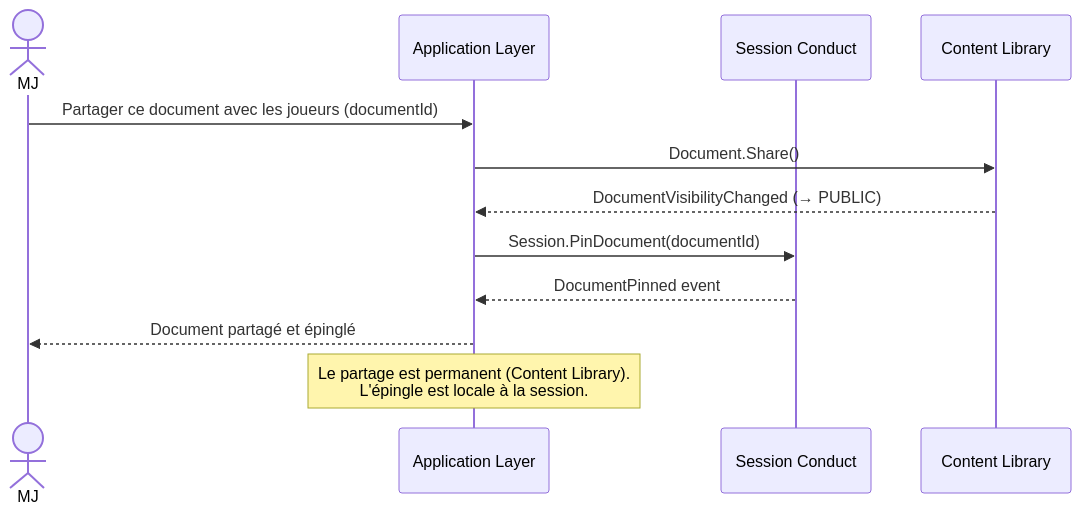
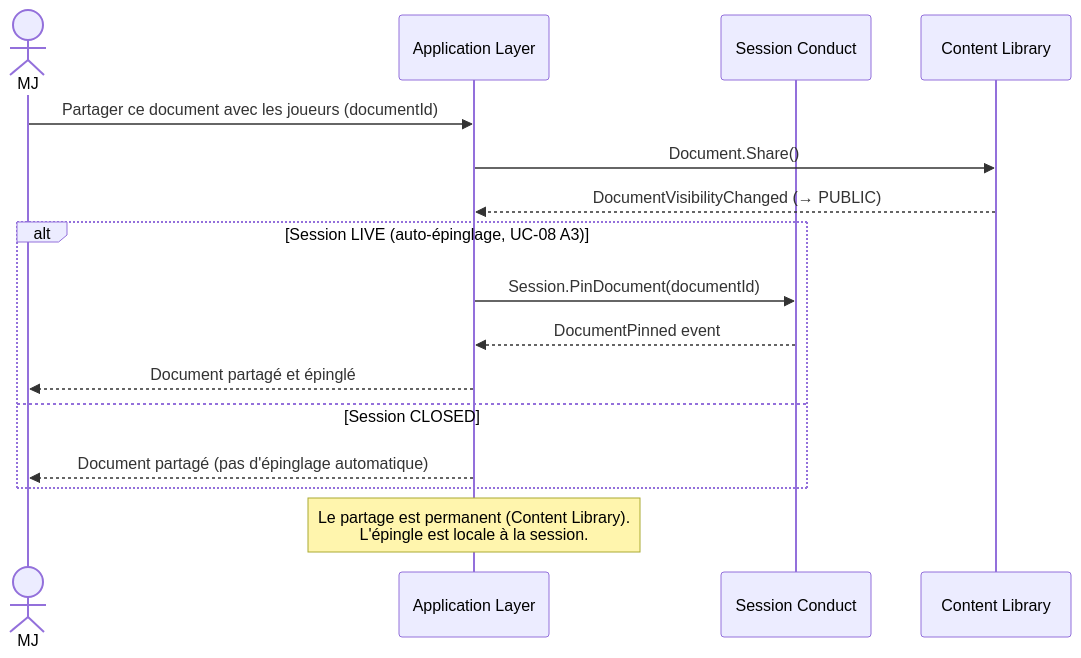
Before and after one commit to 2025-10-CDA-ECO-P6/PM-micro-saas: the fifth of 9 diagrams in docs/domaine/session-conduct/flows.md, drawn with Mermaid. The commit also changed other lines of this file and 3 other files, not shown here.

````diff
--- a/docs/domaine/session-conduct/flows.md
+++ b/docs/domaine/session-conduct/flows.md
@@ -76,15 +79,19 @@
 ```mermaid
 sequenceDiagram
     actor MJ
     participant App as Application Layer
     participant SC as Session Conduct
     participant CL as Content Library
 
     MJ->>App: Partager ce document avec les joueurs (documentId)
     App->>CL: Document.Share()
     CL-->>App: DocumentVisibilityChanged (→ PUBLIC)
-    App->>SC: Session.PinDocument(documentId)
-    SC-->>App: DocumentPinned event
-    App-->>MJ: Document partagé et épinglé
+    alt Session LIVE (auto-épinglage, UC-08 A3)
+        App->>SC: Session.PinDocument(documentId)
+        SC-->>App: DocumentPinned event
+        App-->>MJ: Document partagé et épinglé
+    else Session CLOSED
+        App-->>MJ: Document partagé (pas d'épinglage automatique)
+    end
     Note over App: Le partage est permanent (Content Library).<br/>L'épingle est locale à la session.
 ```
````
